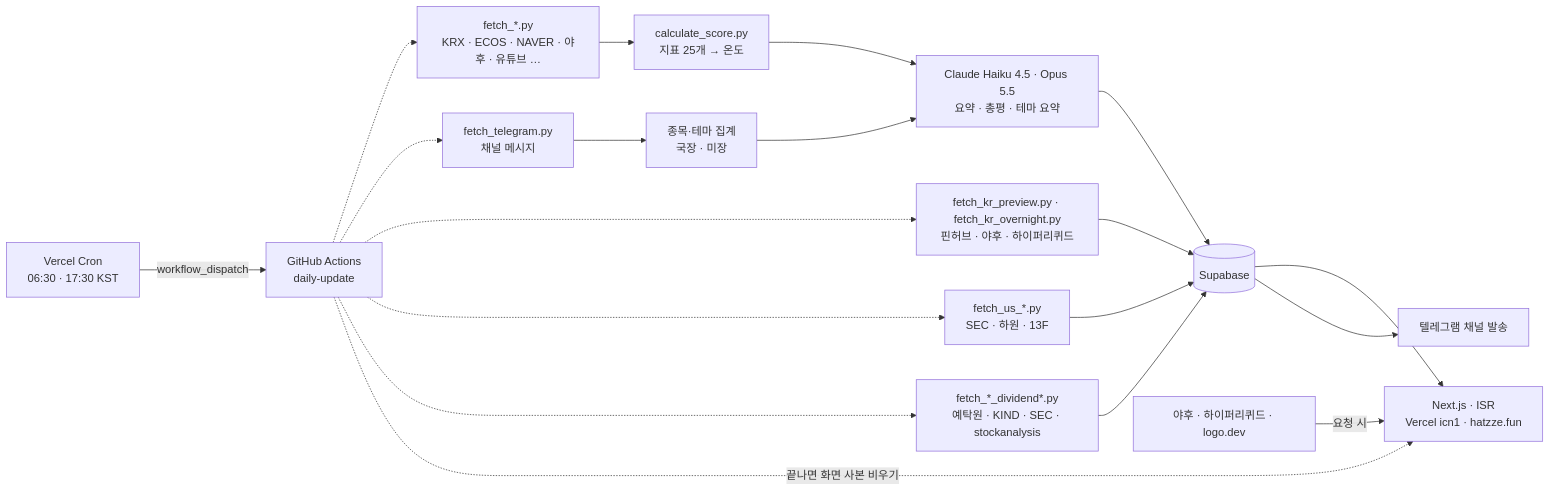
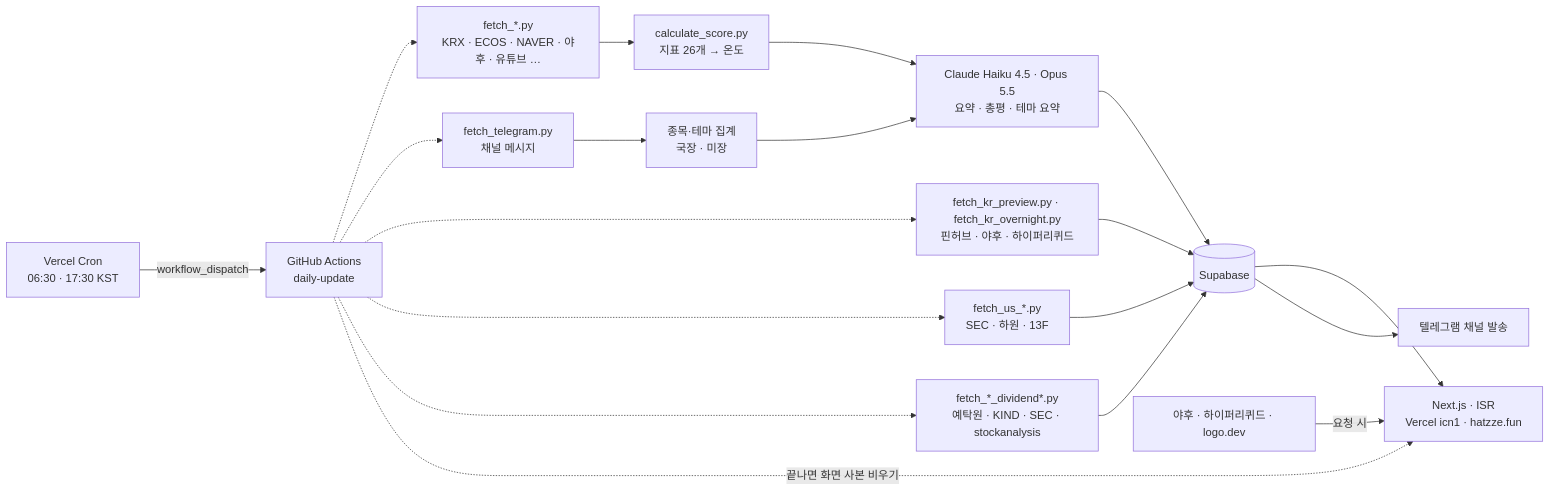
One commit to drakedog-kr/hatzze changed the diagram in README.md. Above: the diagram before and after it, drawn with Mermaid. The commit also changed other lines of this file and 20 other files, not shown here.

````diff
--- a/README.md
+++ b/README.md
@@ -33,21 +33,21 @@
 ```mermaid
 flowchart LR
     CR["Vercel Cron<br/>06:30 · 17:30 KST"] -->|workflow_dispatch| G["GitHub Actions<br/>daily-update"]
     G -.-> A["fetch_*.py<br/>KRX · ECOS · NAVER · 야후 · 유튜브 …"]
     G -.-> T1["fetch_telegram.py<br/>채널 메시지"]
     G -.-> P1["fetch_kr_preview.py · fetch_kr_overnight.py<br/>핀허브 · 야후 · 하이퍼리퀴드"]
     G -.-> U1["fetch_us_*.py<br/>SEC · 하원 · 13F"]
     G -.-> V1["fetch_*_dividend*.py<br/>예탁원 · KIND · SEC · stockanalysis"]
-    A --> B["calculate_score.py<br/>지표 25개 → 온도"]
+    A --> B["calculate_score.py<br/>지표 26개 → 온도"]
     T1 --> T2["종목·테마 집계<br/>국장 · 미장"]
     B --> L["Claude Haiku 4.5 · Opus 5.5<br/>요약 · 총평 · 테마 요약"]
     T2 --> L
     L --> D[("Supabase")]
     P1 --> D
     U1 --> D
     V1 --> D
     D --> E["Next.js · ISR<br/>Vercel icn1 · hatzze.fun"]
     D --> BC["텔레그램 채널 발송"]
     G -.->|끝나면 화면 사본 비우기| E
     Y["야후 · 하이퍼리퀴드 · logo.dev"] -->|요청 시| E
 ```
````
